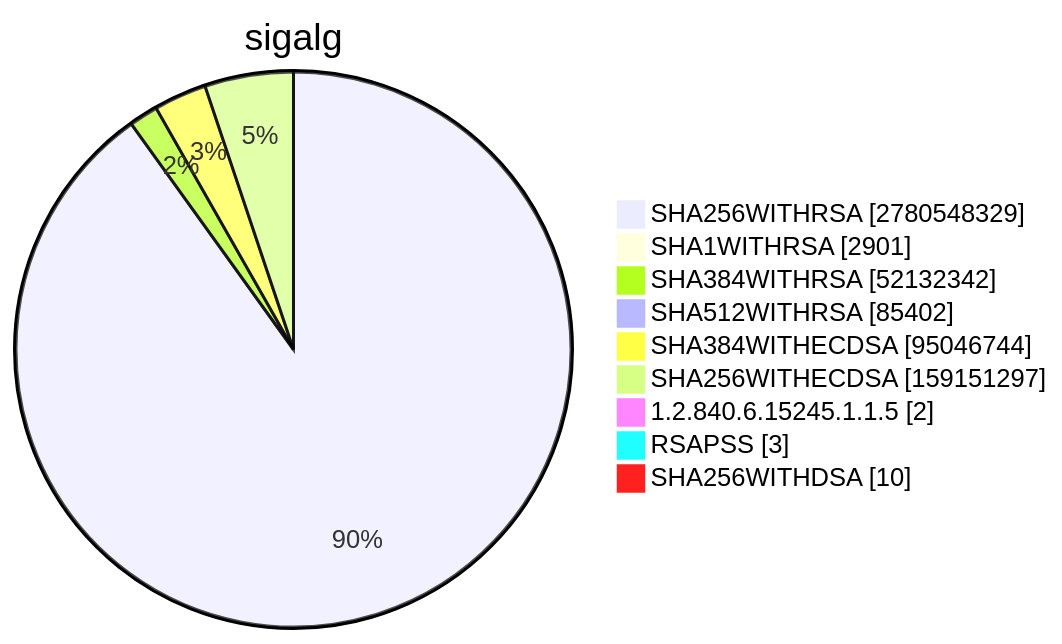
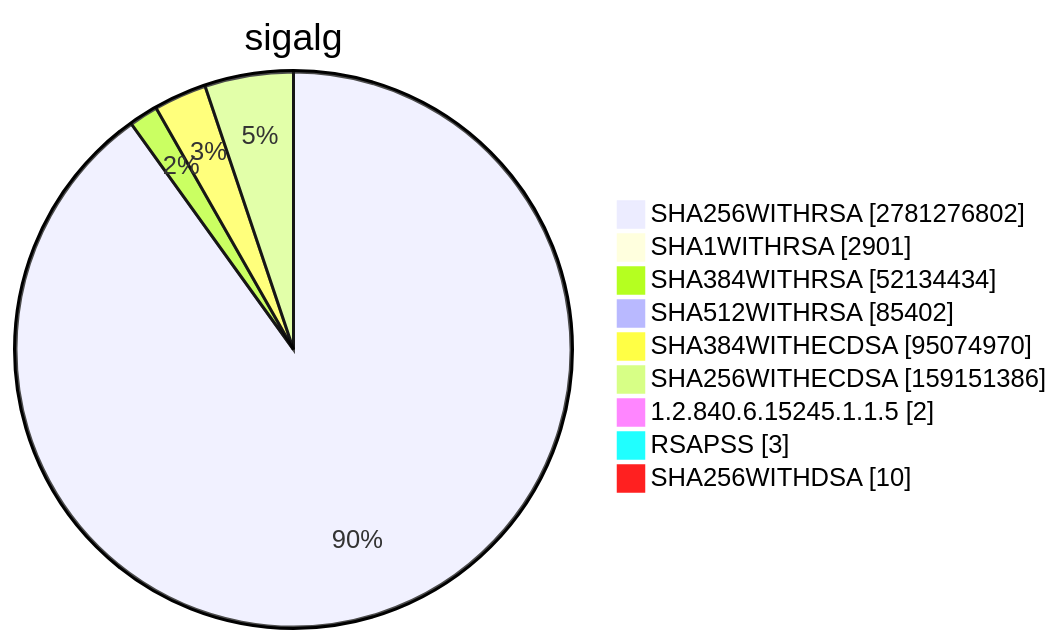
Before and after one commit to christiankrug/ctmonitor_visualization: diagram 15 of 15 in TOTAL/README.md, drawn with Mermaid. The commit also changed other lines of this file, not shown here.

````diff
--- a/TOTAL/README.md
+++ b/TOTAL/README.md
@@ -6205,13 +6205,13 @@
 ```mermaid
 pie showData
 title sigalg
-"SHA256WITHRSA" :2780548329
+"SHA256WITHRSA" :2781276802
 "SHA1WITHRSA" :2901
-"SHA384WITHRSA" :52132342
+"SHA384WITHRSA" :52134434
 "SHA512WITHRSA" :85402
-"SHA384WITHECDSA" :95046744
-"SHA256WITHECDSA" :159151297
+"SHA384WITHECDSA" :95074970
+"SHA256WITHECDSA" :159151386
 "1.2.840.6.15245.1.1.5" :2
 "RSAPSS" :3
 "SHA256WITHDSA" :10
 ```
````
